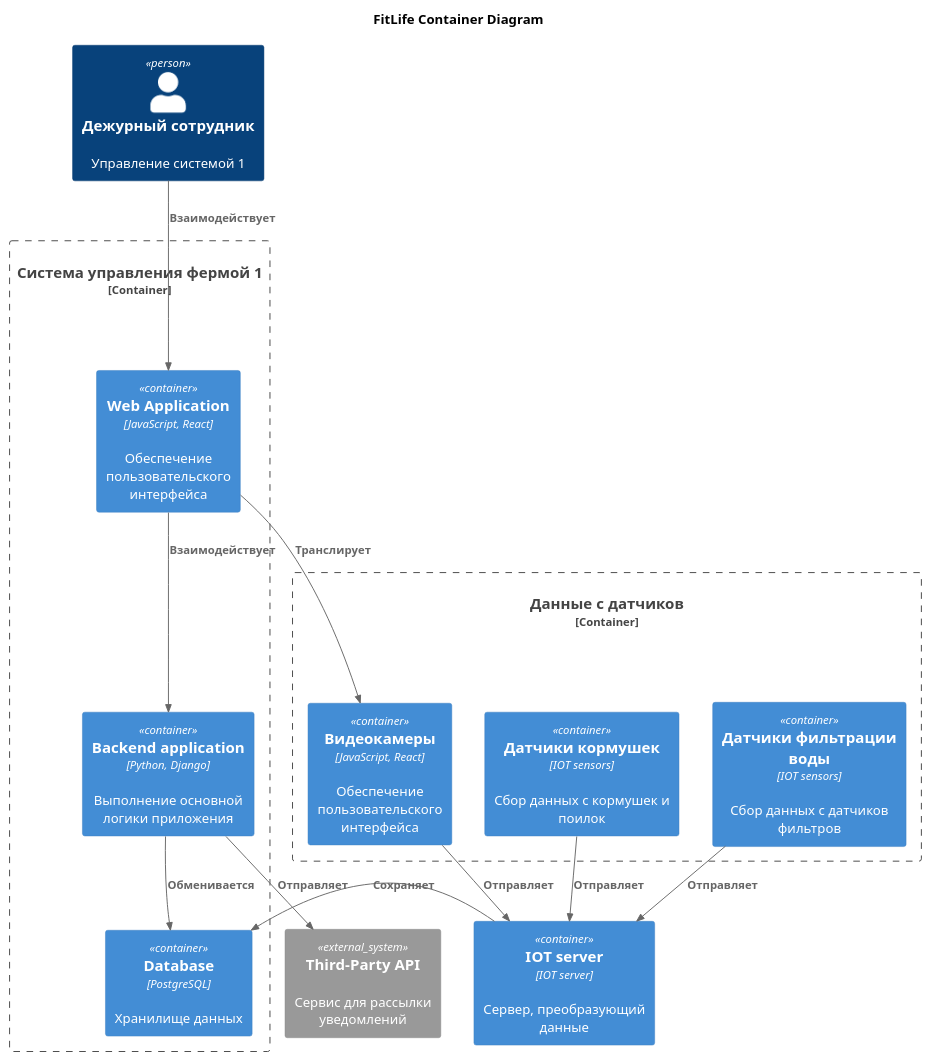
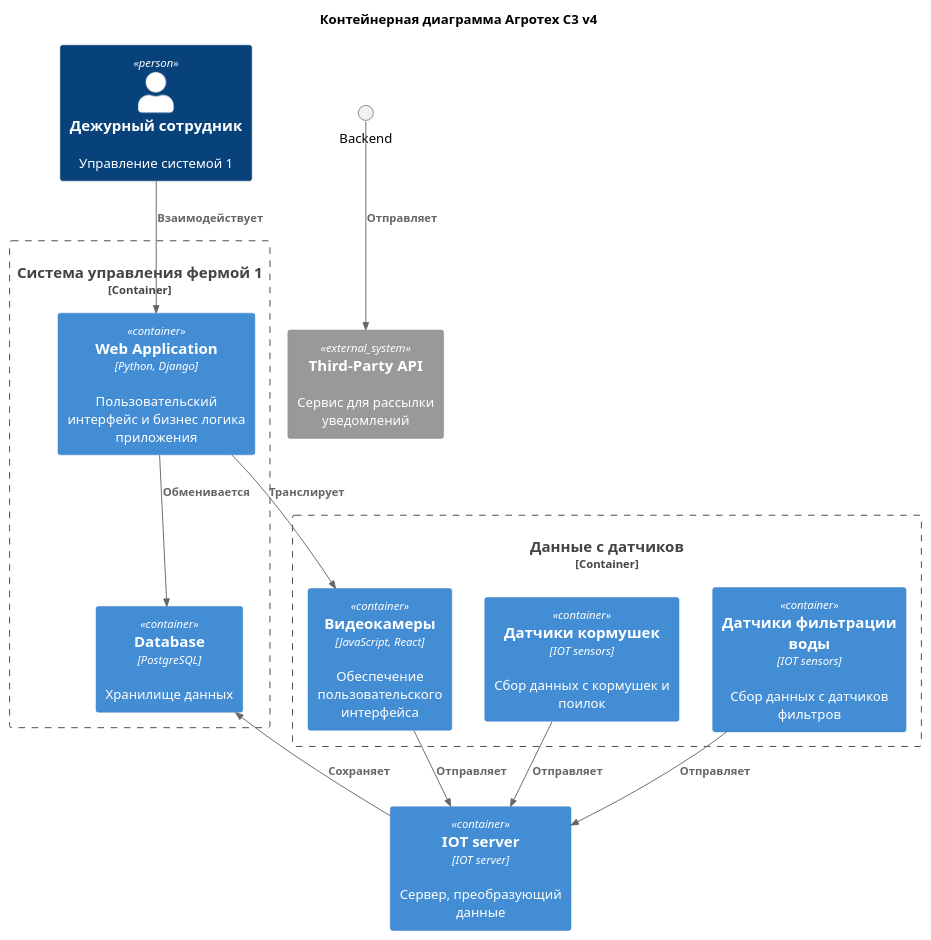
Before and after one commit to Pavelkalininn/MSA-AgroTech: the diagram in Task2/container_main.puml, drawn with PlantUML. The commit also changed 7 other files, not shown here.

```diff
--- a/Task2/container_main.puml
+++ b/Task2/container_main.puml
@@ -1,37 +1,35 @@
 @startuml
-title FitLife Container Diagram
+title Контейнерная диаграмма Агротех C3 v4
 
 top to bottom direction
 
 !includeurl https://raw.githubusercontent.com/RicardoNiepel/C4-PlantUML/master/C4_Component.puml
 
 Container_Boundary(IOT, "Данные с датчиков") {
   Container(видеокамеры, "Видеокамеры", "JavaScript, React", "Обеспечение пользовательского интерфейса")
   Container(датчикиКормушек, "Датчики кормушек", "IOT sensors", "Сбор данных с кормушек и поилок")
   Container(ДатчикиФильтрацииВоды, "Датчики фильтрации воды", "IOT sensors", "Сбор данных с датчиков фильтров")
 }
 
 Container(IOTserver, "IOT server", "IOT server", "Сервер, преобразующий данные")
 
 Container_Boundary(агент1, "Система управления фермой 1") {
-  Container(WebApp, "Web Application", "JavaScript, React", "Обеспечение пользовательского интерфейса")
-  Container(Backend, "Backend application", "Python, Django", "Выполнение основной логики приложения")
+  Container(WebApp, "Web Application", "Python, Django", "Пользовательский интерфейс и бизнес логика приложения")
   Container(Database, "Database", "PostgreSQL", "Хранилище данных")
 
 }
 
 Person(дежурныйсотрудник1, "Дежурный сотрудник", "Управление системой 1")
 
 System_Ext(api, "Third-Party API", "Сервис для рассылки уведомлений")
 
 Rel(видеокамеры, IOTserver, "Отправляет")
 Rel(IOTserver, Database, "Сохраняет")
 Rel(датчикиКормушек, IOTserver, "Отправляет")
 Rel(ДатчикиФильтрацииВоды, IOTserver, "Отправляет")
-Rel(WebApp, Backend, "Взаимодействует")
 Rel(WebApp, видеокамеры, "Транслирует")
-Rel(Backend, Database, "Обменивается")
+Rel(WebApp, Database, "Обменивается")
 Rel(дежурныйсотрудник1, WebApp, "Взаимодействует")
 Rel(Backend, api, "Отправляет")
 
 @enduml
```
